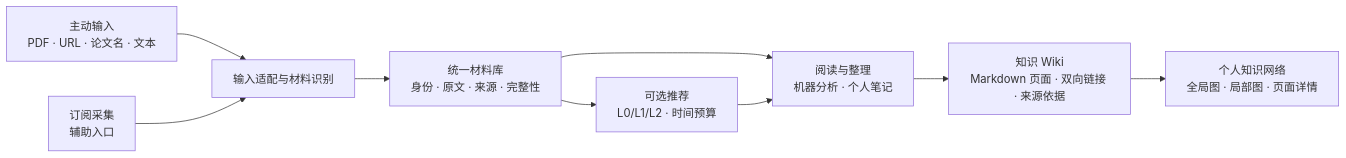
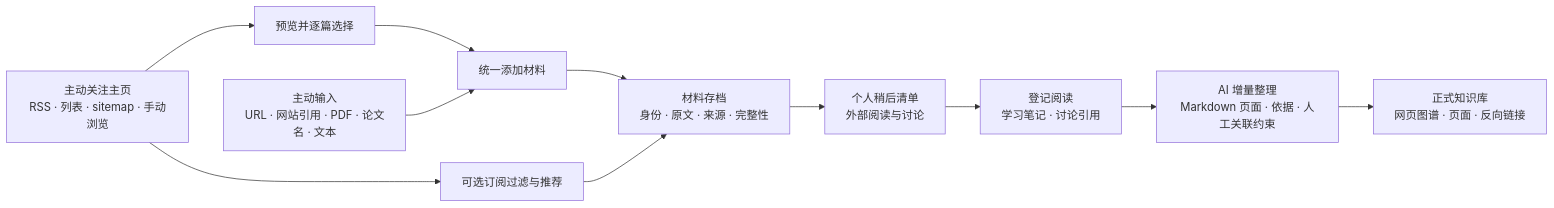
Before and after one commit to chai-yinfeng/2ndBrain: the diagram in docs/design.md, drawn with Mermaid. The commit also changed other lines of this file and 50 other files, not shown here.

````diff
--- a/docs/design.md
+++ b/docs/design.md
@@ -11,11 +11,13 @@
 ```mermaid
 flowchart LR
-    U[主动输入<br/>PDF · URL · 论文名 · 文本] --> A[输入适配与材料识别]
-    S[订阅采集<br/>辅助入口] --> A
-    A --> M[统一材料库<br/>身份 · 原文 · 来源 · 完整性]
-    M --> R[阅读与整理<br/>机器分析 · 个人笔记]
-    R --> K[知识 Wiki<br/>Markdown 页面 · 双向链接 · 来源依据]
-    K --> V[个人知识网络<br/>全局图 · 局部图 · 页面详情]
-    M --> D[可选推荐<br/>L0/L1/L2 · 时间预算]
-    D --> R
+    S[主动关注主页<br/>RSS · 列表 · sitemap · 手动浏览] --> P[预览并逐篇选择]
+    P --> A[统一添加材料]
+    U[主动输入<br/>URL · 网站引用 · PDF · 论文名 · 文本] --> A
+    A --> M[材料存档<br/>身份 · 原文 · 来源 · 完整性]
+    M --> R[个人稍后清单<br/>外部阅读与讨论]
+    R --> E[登记阅读<br/>学习笔记 · 讨论引用]
+    E --> K[AI 增量整理<br/>Markdown 页面 · 依据 · 人工关联约束]
+    K --> V[正式知识库<br/>网页图谱 · 页面 · 反向链接]
+    S --> D[可选订阅过滤与推荐]
+    D --> M
 ```
````
